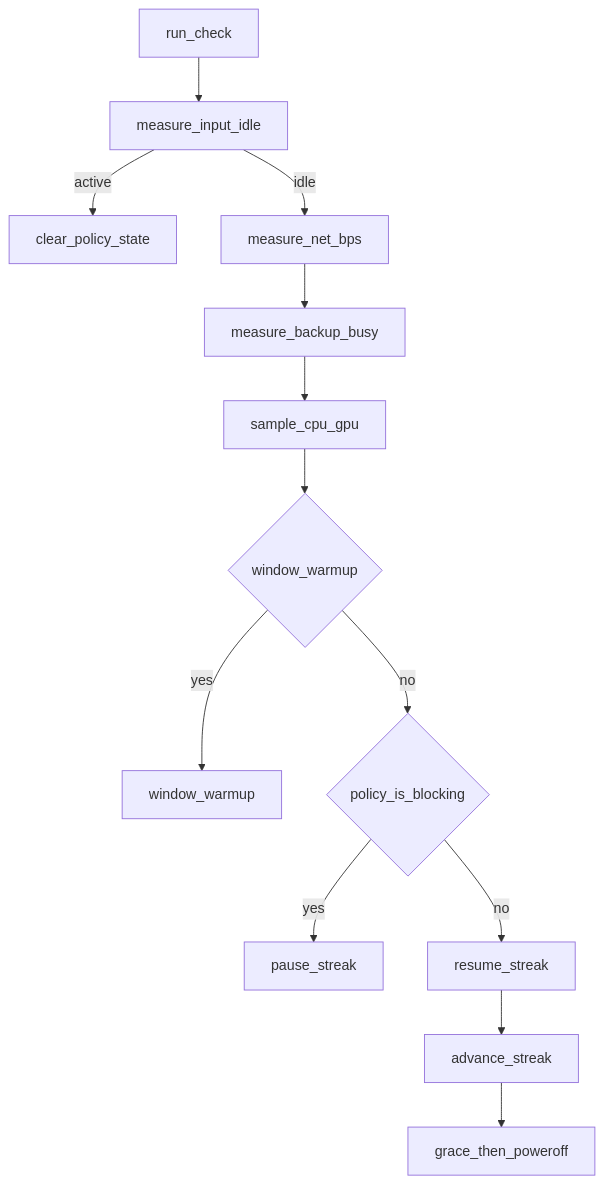
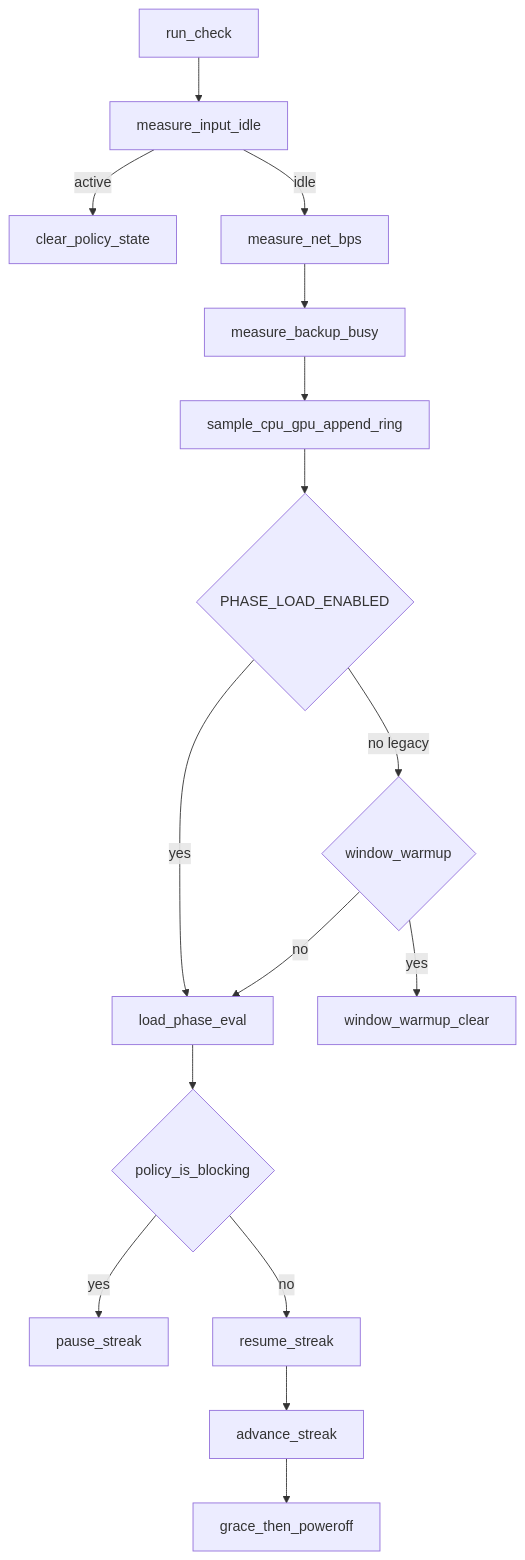
Before and after one commit to alkitect/graceful-shutdown: the second of 2 diagrams in docs/IMPLEMENTATION.md, drawn with Mermaid. The commit also changed other lines of this file and 11 other files, not shown here.

First line of the commit message:
feat(load): default two-phase gating for moderate AFK CPU

````diff
--- a/docs/IMPLEMENTATION.md
+++ b/docs/IMPLEMENTATION.md
@@ -29,15 +29,18 @@
 ```mermaid
 flowchart TD
   start[run_check] --> idle[measure_input_idle]
   idle -->|active| clear[clear_policy_state]
   idle -->|idle| net[measure_net_bps]
   net --> backup[measure_backup_busy]
-  backup --> load[sample_cpu_gpu]
-  load --> win{window_warmup}
-  win -->|yes| ww[window_warmup]
-  win -->|no| block{policy_is_blocking}
+  backup --> load[sample_cpu_gpu_append_ring]
+  load --> phase{PHASE_LOAD_ENABLED}
+  phase -->|yes| peval[load_phase_eval]
+  phase -->|no legacy| win{window_warmup}
+  win -->|yes| ww[window_warmup_clear]
+  win -->|no| peval
+  peval --> block{policy_is_blocking}
   block -->|yes| pause[pause_streak]
   block -->|no| resume[resume_streak]
   resume --> streak[advance_streak]
   streak --> grace[grace_then_poweroff]
 ```
````
